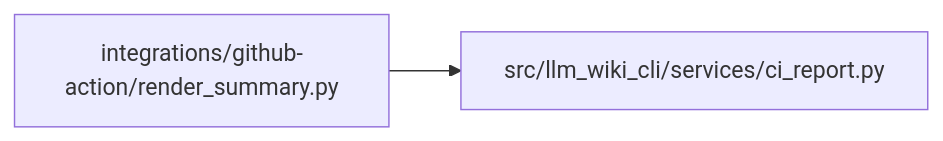
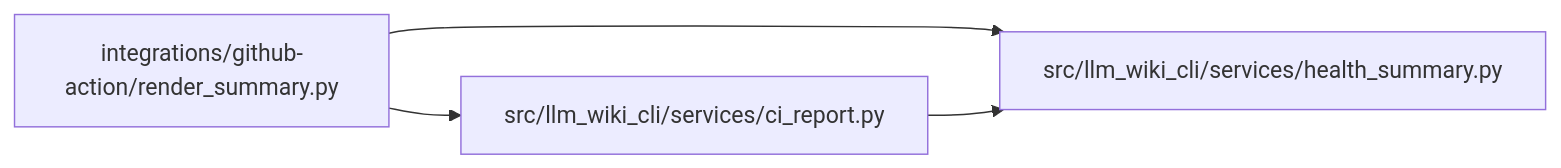
The diagram in docs/llm_wiki/modules/render_summary.md (Denissvgn/python-wiki-llm), drawn with Mermaid before and after one commit. The commit also changed other lines of this file and 345 other files, not shown here.

````diff
--- a/docs/llm_wiki/modules/render_summary.md
+++ b/docs/llm_wiki/modules/render_summary.md
@@ -30,8 +31,12 @@
 ```mermaid
 flowchart LR
     n0["integrations/github-action/render_summary.py"]
     n1["src/llm_wiki_cli/services/ci_report.py"]
+    n2["src/llm_wiki_cli/services/health_summary.py"]
     n0 --> n1
+    n0 --> n2
+    n1 --> n2
     click n0 "../modules/render_summary.md"
     click n1 "../modules/ci_report.md"
+    click n2 "../modules/health_summary.md"
 ```
````
